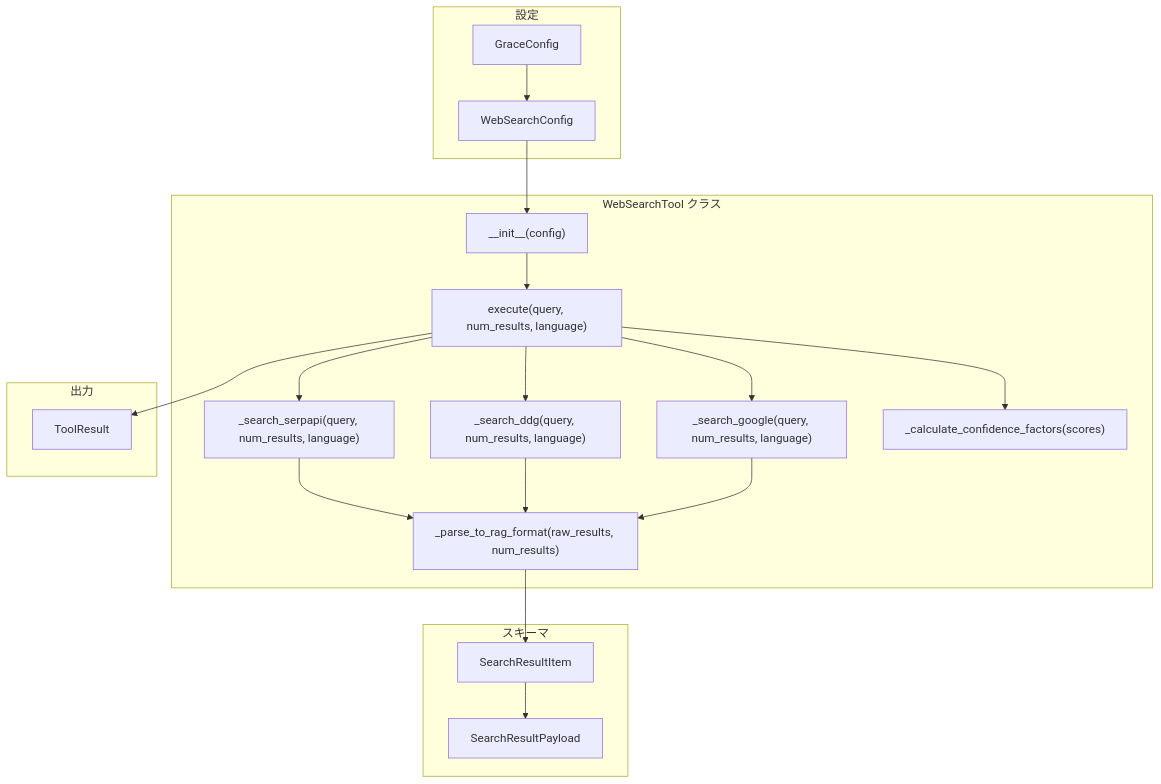
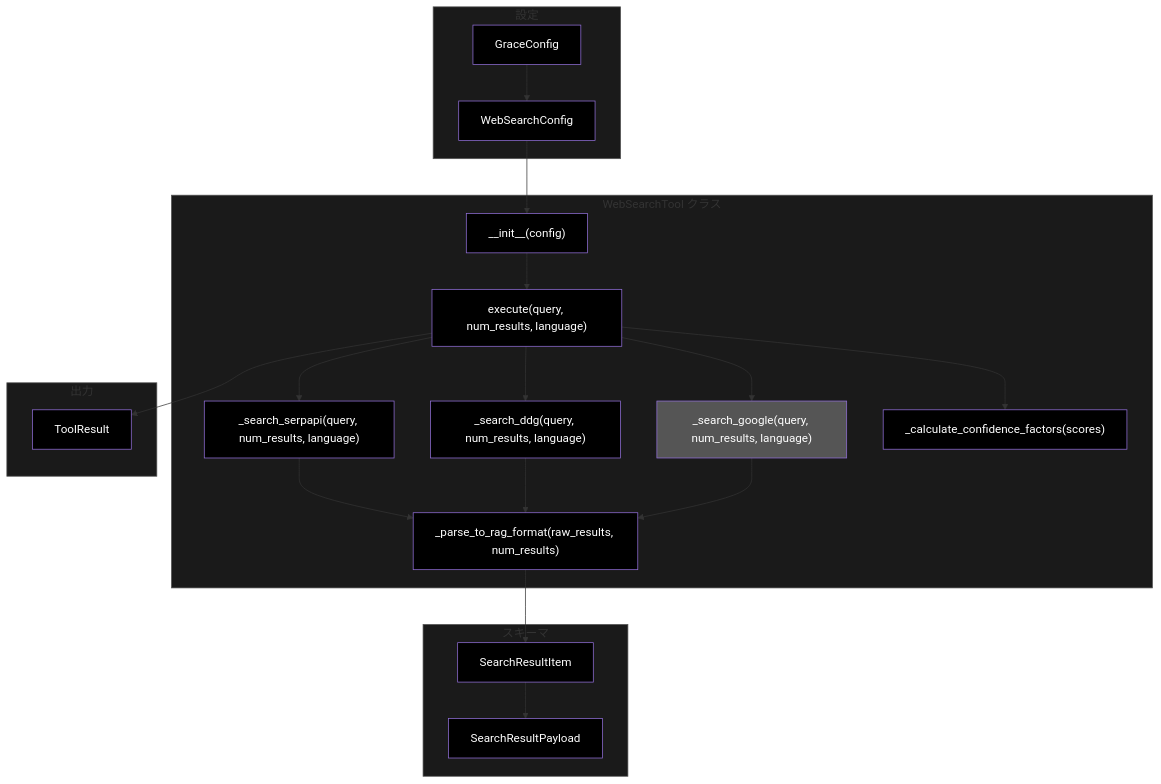
Before and after one commit to nakashima2toshio/anthropic_grace_agent: the fourth of 5 diagrams in grace/doc/web_search.md, drawn with Mermaid. The commit also changed other lines of this file and 63 other files, not shown here.

````diff
--- a/grace/doc/web_search.md
+++ b/grace/doc/web_search.md
@@ -323,40 +337,57 @@
 ```mermaid
 flowchart TB
     subgraph WEBSEARCH["WebSearchTool クラス"]
         WS_INIT["__init__(config)"]
         WS_EXEC["execute(query, num_results, language)"]
         WS_SERPAPI["_search_serpapi(query, num_results, language)"]
         WS_DDG["_search_ddg(query, num_results, language)"]
         WS_GOOGLE["_search_google(query, num_results, language)"]
         WS_PARSE["_parse_to_rag_format(raw_results, num_results)"]
         WS_CONF["_calculate_confidence_factors(scores)"]
     end
 
     subgraph CONFIG["設定"]
         WS_CONFIG["WebSearchConfig"]
         GRACE_CONFIG["GraceConfig"]
     end
 
     subgraph SCHEMA["スキーマ"]
         SRI["SearchResultItem"]
         SRP["SearchResultPayload"]
     end
 
     subgraph OUTPUT["出力"]
         TR["ToolResult"]
     end
 
     GRACE_CONFIG --> WS_CONFIG
     WS_CONFIG --> WS_INIT
     WS_INIT --> WS_EXEC
     WS_EXEC --> WS_SERPAPI
     WS_EXEC --> WS_DDG
     WS_EXEC --> WS_GOOGLE
     WS_SERPAPI --> WS_PARSE
     WS_DDG --> WS_PARSE
     WS_GOOGLE --> WS_PARSE
     WS_PARSE --> SRI
     SRI --> SRP
     WS_EXEC --> WS_CONF
     WS_EXEC --> TR
+
+    style WS_INIT fill:#000,color:#fff
+    style WS_EXEC fill:#000,color:#fff
+    style WS_SERPAPI fill:#000,color:#fff
+    style WS_DDG fill:#000,color:#fff
+    style WS_GOOGLE fill:#555,color:#fff
+    style WS_PARSE fill:#000,color:#fff
+    style WS_CONF fill:#000,color:#fff
+    style WS_CONFIG fill:#000,color:#fff
+    style GRACE_CONFIG fill:#000,color:#fff
+    style SRI fill:#000,color:#fff
+    style SRP fill:#000,color:#fff
+    style TR fill:#000,color:#fff
+    style WEBSEARCH fill:#1a1a1a,stroke:#555
+    style CONFIG fill:#1a1a1a,stroke:#555
+    style SCHEMA fill:#1a1a1a,stroke:#555
+    style OUTPUT fill:#1a1a1a,stroke:#555
 ```
````
